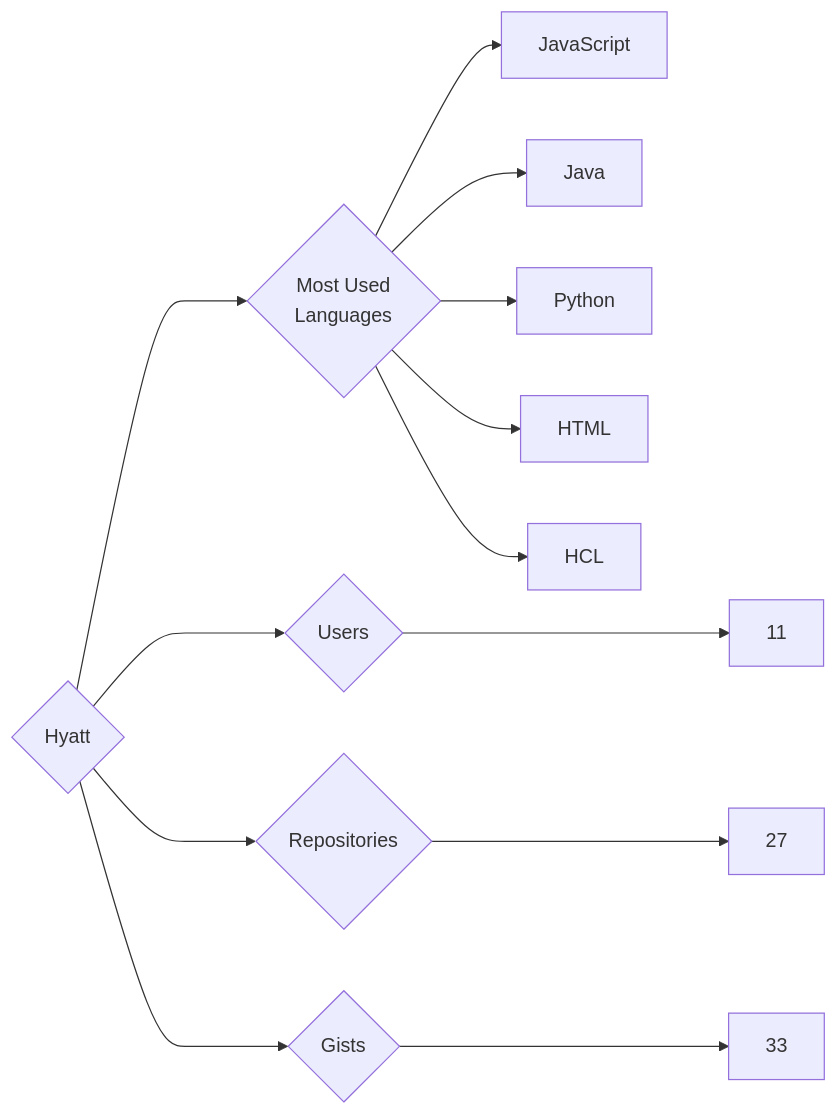
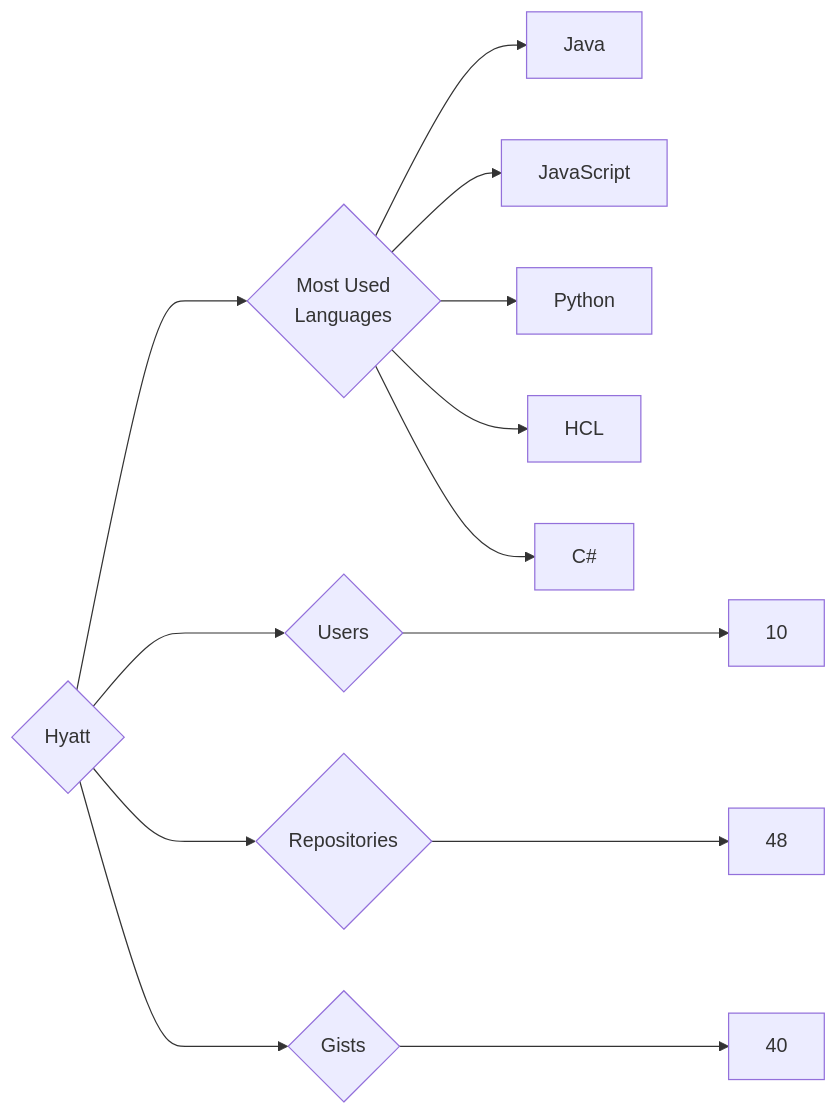
Before and after one commit to trickest/insiders: the diagram in targets/Hyatt/README.md, drawn with Mermaid. The commit also changed 749 other files, not shown here.

````diff
--- a/targets/Hyatt/README.md
+++ b/targets/Hyatt/README.md
@@ -3,13 +3,13 @@
 ```mermaid
 graph LR
 COMPANY_NAME{Hyatt}
-COMPANY_NAME ---> U{Users} ---> UN[11]
-COMPANY_NAME ---> R{Repositories} ---> RN[27]
-COMPANY_NAME ---> G{Gists} ---> GN[33]
+COMPANY_NAME ---> U{Users} ---> UN[10]
+COMPANY_NAME ---> R{Repositories} ---> RN[48]
+COMPANY_NAME ---> G{Gists} ---> GN[40]
 COMPANY_NAME ---> ML{Most Used<br>Languages}
+ML --> Java[Java]
 ML --> JavaScript[JavaScript]
-ML --> Java[Java]
 ML --> Python[Python]
-ML --> HTML[HTML]
 ML --> HCL[HCL]
+ML --> C#[C#]
 ```
````
